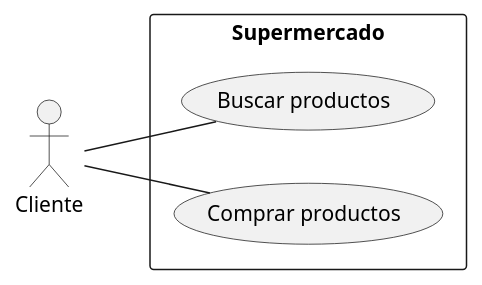
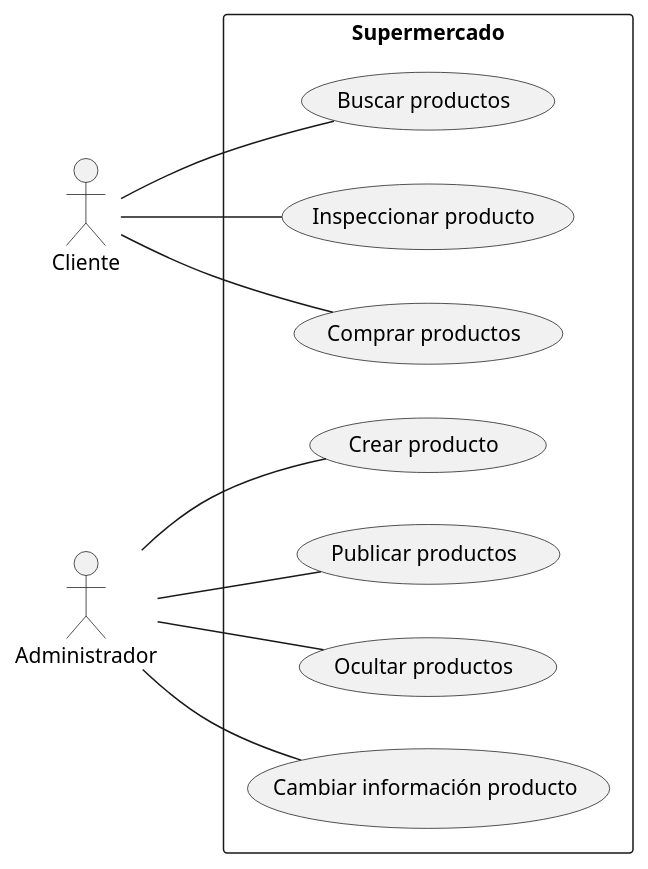
The diagram in docs/analisis/Caso.md (mramiroz/Proyecto-Julian), drawn with PlantUML before and after one commit.

Commit message:
Corregido Caso.md

```diff
--- a/docs/analisis/Caso.md
+++ b/docs/analisis/Caso.md
@@ -1,13 +1,24 @@
 @startuml
 left to right direction
 :Cliente: as CL
+:Administrador: as AD
 
 rectangle Supermercado {
     usecase "Buscar productos" as UC1
-    usecase "Comprar productos" as UC2
+    usecase "Inspeccionar producto" as UC2
+    usecase "Comprar productos" as UC3
+    usecase "Crear producto" as UC4
+    usecase "Publicar productos" as UC5
+    usecase "Ocultar productos" as UC6
+    usecase "Cambiar información producto" as UC7
 }
 
 CL -- UC1
 CL -- UC2
+CL -- UC3
+AD -- UC4
+AD -- UC5
+AD -- UC6
+AD -- UC7
 
 @enduml
```
